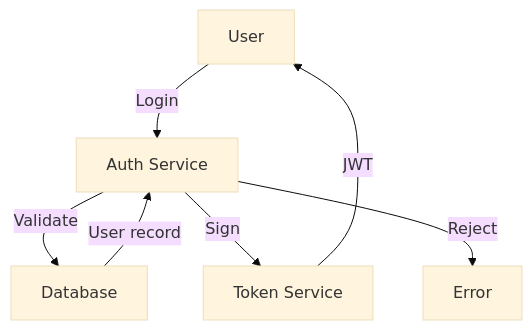
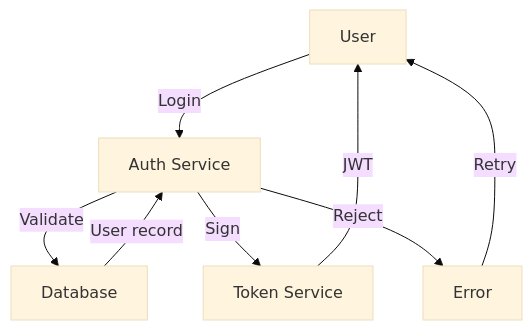
Before and after one commit to Buffden/diagram-sync: the diagram in docs/providers/mermaid/auth.mmd, drawn with Mermaid (base theme). The commit also changed 7 other files, not shown here.

First line of the commit message:
Rework sample diagrams to exercise the CI workflow

```diff
--- a/docs/providers/mermaid/auth.mmd
+++ b/docs/providers/mermaid/auth.mmd
@@ -1,8 +1,9 @@
-%% v3
+%% v4
 graph TD
     A[User] -->|Login| B[Auth Service]
     B -->|Validate| C[Database]
     C -->|User record| B
     B -->|Sign| D[Token Service]
     D -->|JWT| A
     B -->|Reject| E[Error]
+    E -->|Retry| A
```
